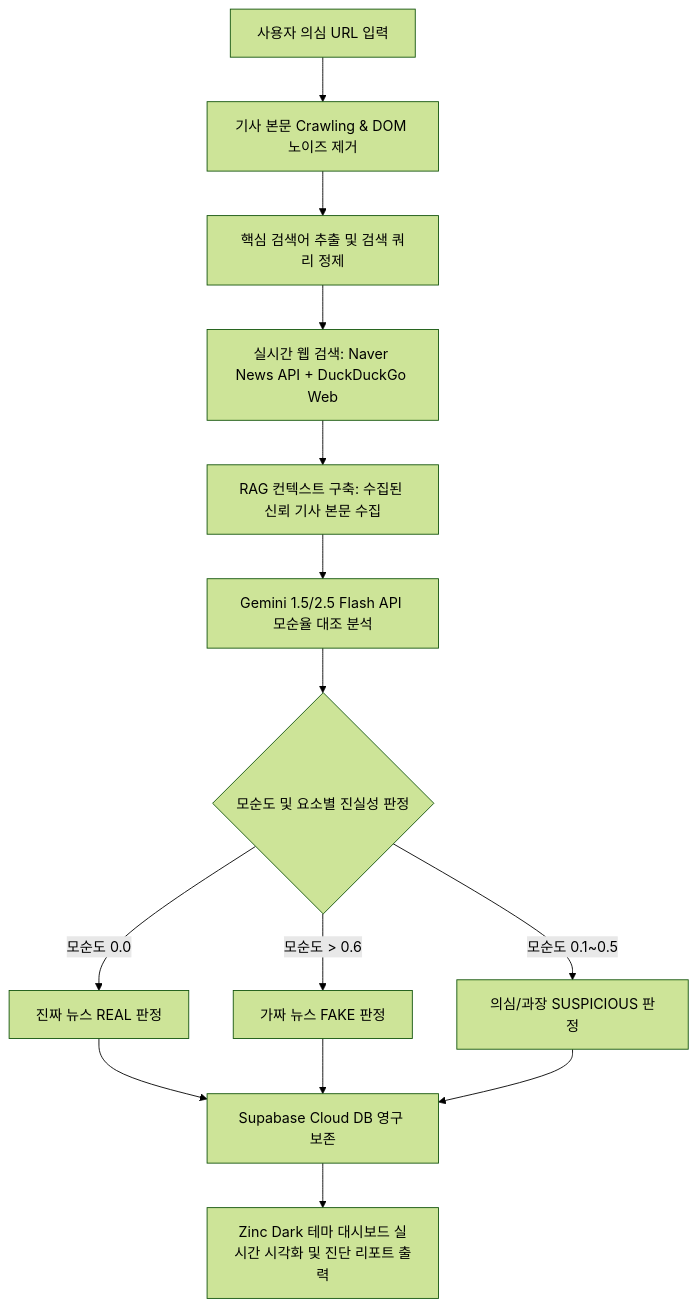
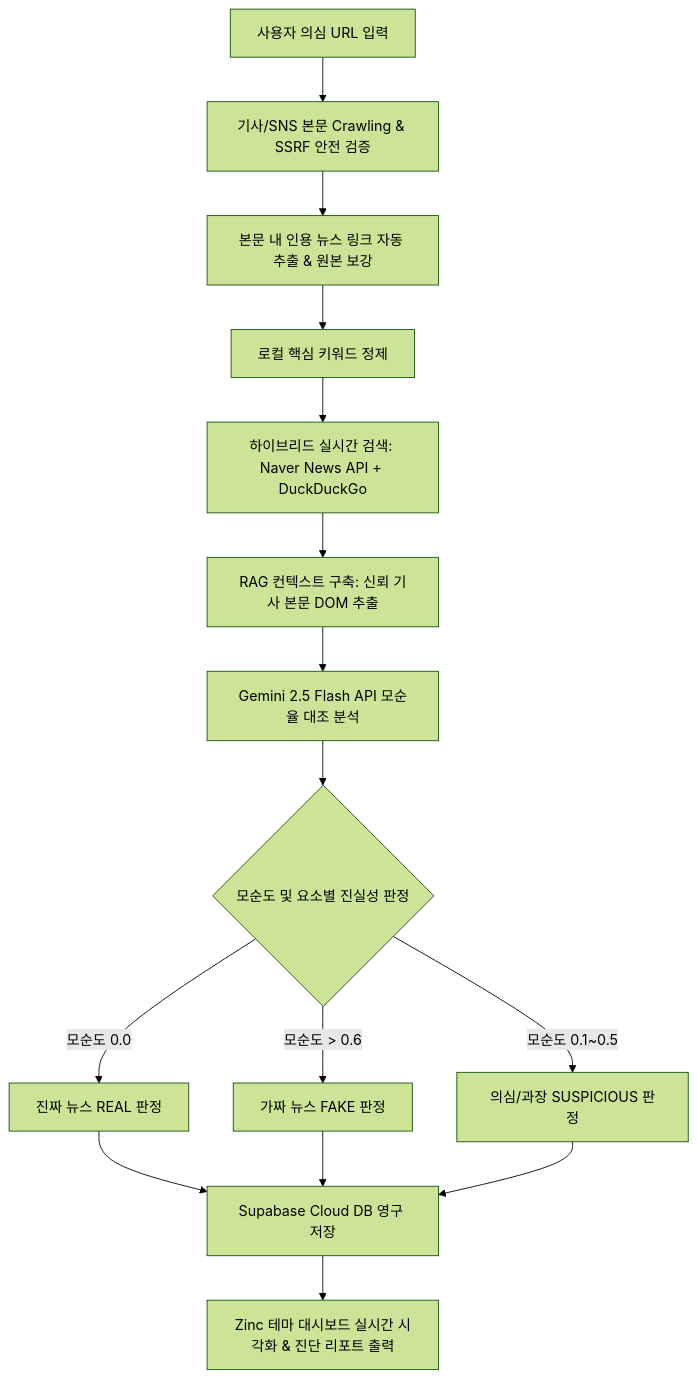
Before and after one commit to woosh0901-sys/fakenews: the diagram in README.md, drawn with Mermaid (forest theme). The commit also changed other lines of this file and 10 other files, not shown here.

````diff
--- a/README.md
+++ b/README.md
@@ -27,14 +29,15 @@
 ```mermaid
 graph TD
-    A[사용자 의심 URL 입력] --> B[기사 본문 Crawling & DOM 노이즈 제거]
-    B --> E[핵심 검색어 추출 및 검색 쿼리 정제]
-    E --> F[실시간 웹 검색: Naver News API + DuckDuckGo Web]
-    F --> G[RAG 컨텍스트 구축: 수집된 신뢰 기사 본문 수집]
-    G --> H[Gemini 1.5/2.5 Flash API 모순율 대조 분석]
-    H --> I{모순도 및 요소별 진실성 판정}
-    I -->|모순도 0.0| J[진짜 뉴스 REAL 판정]
-    I -->|모순도 > 0.6| K[가짜 뉴스 FAKE 판정]
-    I -->|모순도 0.1~0.5| L[의심/과장 SUSPICIOUS 판정]
-    J & K & L --> M[Supabase Cloud DB 영구 보존]
-    M --> N[Zinc Dark 테마 대시보드 실시간 시각화 및 진단 리포트 출력]
+    A[사용자 의심 URL 입력] --> B[기사/SNS 본문 Crawling & SSRF 안전 검증]
+    B --> C[본문 내 인용 뉴스 링크 자동 추출 & 원본 보강]
+    C --> D[로컬 핵심 키워드 정제]
+    D --> E[하이브리드 실시간 검색: Naver News API + DuckDuckGo]
+    E --> F[RAG 컨텍스트 구축: 신뢰 기사 본문 DOM 추출]
+    F --> G[Gemini 2.5 Flash API 모순율 대조 분석]
+    G --> H{모순도 및 요소별 진실성 판정}
+    H -->|모순도 0.0| I[진짜 뉴스 REAL 판정]
+    H -->|모순도 > 0.6| J[가짜 뉴스 FAKE 판정]
+    H -->|모순도 0.1~0.5| K[의심/과장 SUSPICIOUS 판정]
+    I & J & K --> L[Supabase Cloud DB 영구 저장]
+    L --> M[Zinc 테마 대시보드 실시간 시각화 & 진단 리포트 출력]
 ```
````
